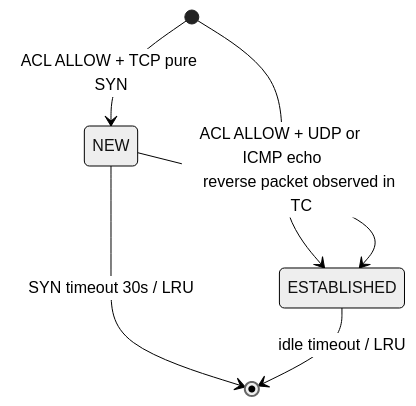
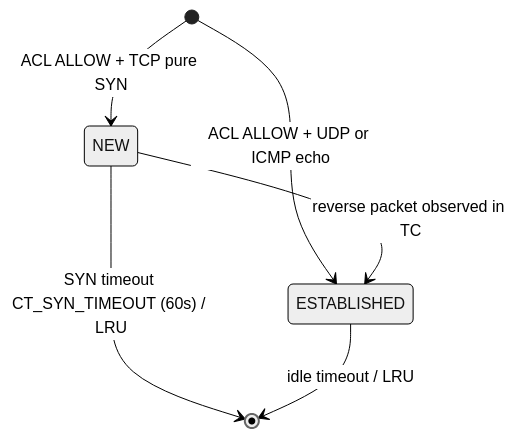
The fifth of 6 diagrams in docs/design.md (lynch1981/mini-fw), drawn with Mermaid (neutral theme) before and after one commit. The commit also changed other lines of this file, not shown here.

````diff
--- a/docs/design.md
+++ b/docs/design.md
@@ -948,8 +979,8 @@
 ```mermaid
 stateDiagram-v2
   [*] --> NEW: ACL ALLOW + TCP pure SYN
   [*] --> ESTABLISHED: ACL ALLOW + UDP or ICMP echo
   NEW --> ESTABLISHED: reverse packet observed in TC
-  NEW --> [*]: SYN timeout 30s / LRU
+  NEW --> [*]: SYN timeout CT_SYN_TIMEOUT (60s) / LRU
   ESTABLISHED --> [*]: idle timeout / LRU
 ```
````
